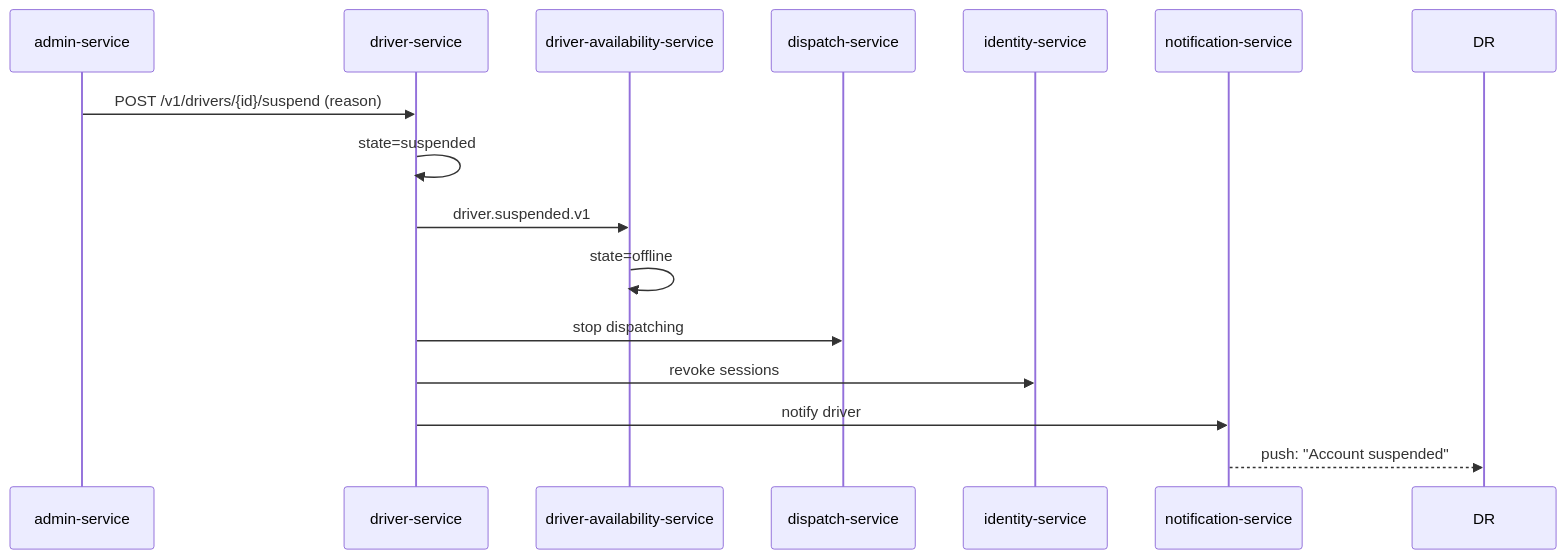
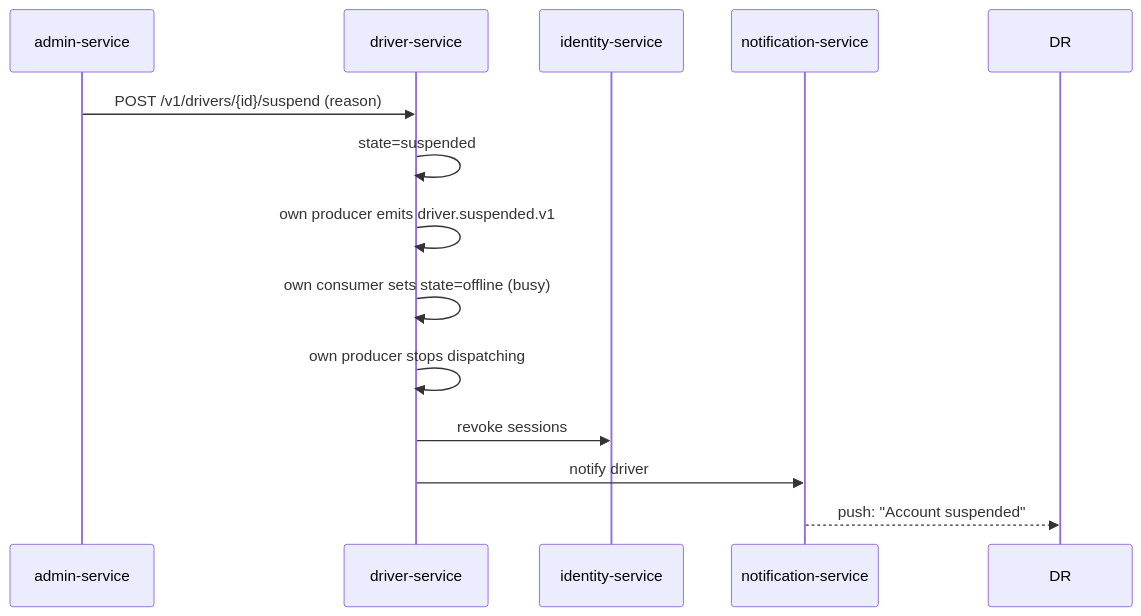
The sixth of 10 diagrams in docs/workflows/SAFETY_WORKFLOWS.md (mohamedhabibwork/trips-enjoy-docs), drawn with Mermaid before and after one commit. The commit also changed other lines of this file and 525 other files, not shown here.

````diff
--- a/docs/workflows/SAFETY_WORKFLOWS.md
+++ b/docs/workflows/SAFETY_WORKFLOWS.md
@@ -119,18 +122,16 @@
 ```mermaid
 sequenceDiagram
     participant ADM as admin-service
     participant DRV as driver-service
-    participant DA as driver-availability-service
-    participant DSP as dispatch-service
     participant ID as identity-service
     participant NOT as notification-service
 
     ADM->>DRV: POST /v1/drivers/{id}/suspend (reason)
     DRV->>DRV: state=suspended
-    DRV->>DA: driver.suspended.v1
-    DA->>DA: state=offline
-    DRV->>DSP: stop dispatching
+    DRV->>DRV: own producer emits driver.suspended.v1
+    DRV->>DRV: own consumer sets state=offline (busy)
+    DRV->>DRV: own producer stops dispatching
     DRV->>ID: revoke sessions
     DRV->>NOT: notify driver
     NOT-->>DR: push: "Account suspended"
 ```
````
